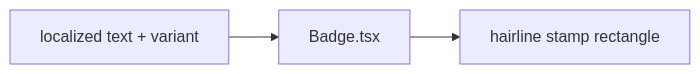
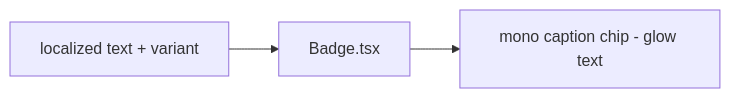
One commit to AzamatRaimbekov2/openCreate changed the diagram in apps/web/src/shared/ui/Badge.tsx.md. Above: the diagram before and after it, drawn with Mermaid. The commit also changed other lines of this file and 99 other files, not shown here.

````diff
--- a/apps/web/src/shared/ui/Badge.tsx.md
+++ b/apps/web/src/shared/ui/Badge.tsx.md
@@ -19,4 +19,4 @@
 ```mermaid
 flowchart LR
-  TXT[localized text + variant] --> BD[Badge.tsx] --> OUT[hairline stamp rectangle]
+  TXT[localized text + variant] --> BD[Badge.tsx] --> OUT[mono caption chip - glow text]
 ```
````
